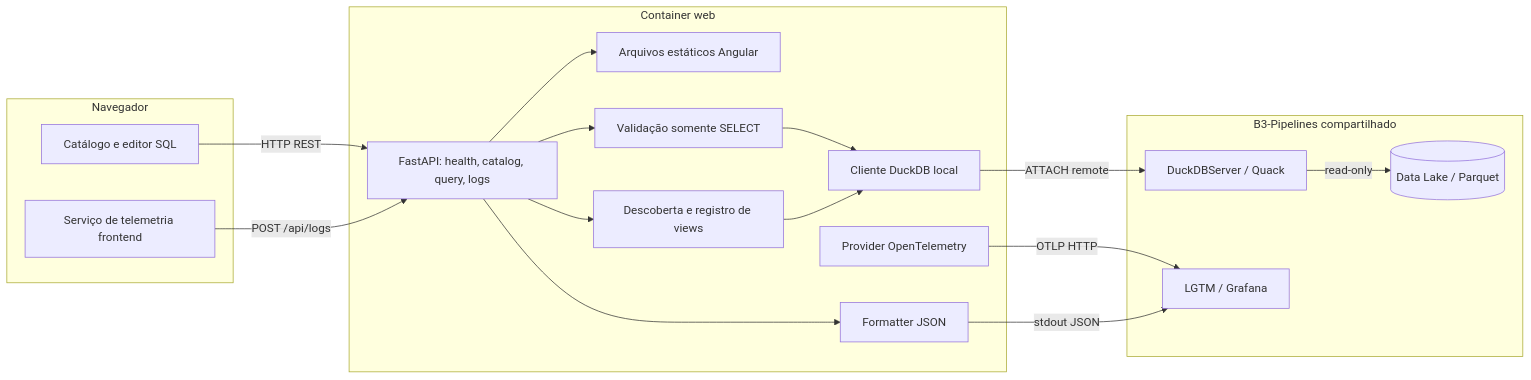
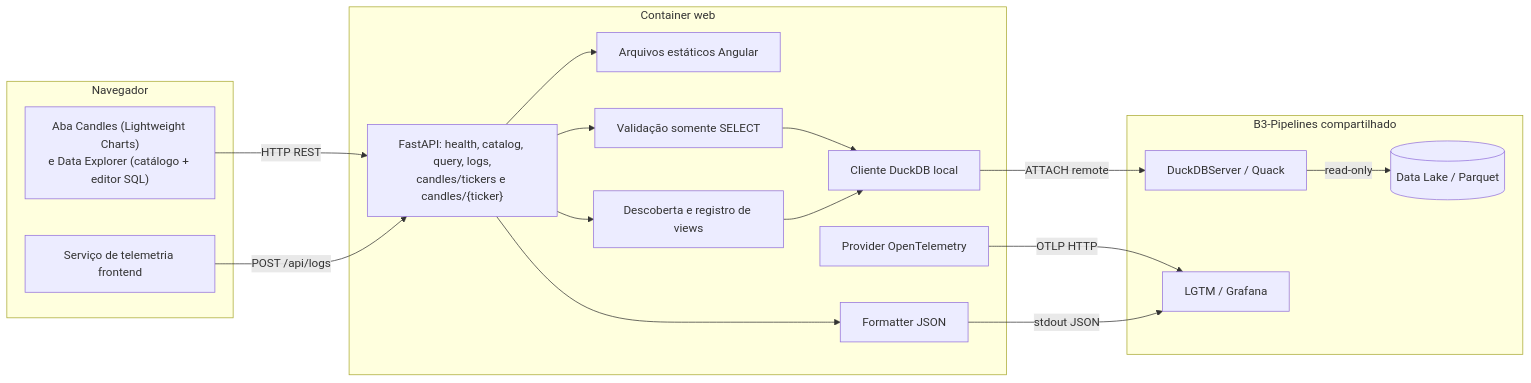
The first of 2 diagrams in B3-Web-App/docs/diagrama-componentes.md (BiellBatista/Python.DataEngineering), drawn with Mermaid before and after one commit. The commit also changed 25 other files, not shown here.

First line of the commit message:
feat: add Gold candles chart tab and rename app to Data Process

````diff
--- a/B3-Web-App/docs/diagrama-componentes.md
+++ b/B3-Web-App/docs/diagrama-componentes.md
@@ -5,34 +5,34 @@
 ```mermaid
 flowchart LR
     subgraph Browser["Navegador"]
-        UI["Catálogo e editor SQL"]
+        UI["Aba Candles (Lightweight Charts)<br/>e Data Explorer (catálogo + editor SQL)"]
         Telemetry["Serviço de telemetria frontend"]
     end
     subgraph Web["Container web"]
         Static["Arquivos estáticos Angular"]
-        Routes["FastAPI: health, catalog, query, logs"]
+        Routes["FastAPI: health, catalog, query, logs,<br/>candles/tickers e candles/{ticker}"]
         Catalog["Descoberta e registro de views"]
         Validation["Validação somente SELECT"]
         Adapter["Cliente DuckDB local"]
         Logging["Formatter JSON"]
         OTEL["Provider OpenTelemetry"]
     end
     subgraph External["B3-Pipelines compartilhado"]
         Quack["DuckDBServer / Quack"]
         Lake[("Data Lake / Parquet")]
         LGTM["LGTM / Grafana"]
     end
 
     UI -->|"HTTP REST"| Routes
     Telemetry -->|"POST /api/logs"| Routes
     Routes --> Static
     Routes --> Validation
     Routes --> Catalog
     Validation --> Adapter
     Catalog --> Adapter
     Adapter -->|"ATTACH remote"| Quack
     Quack -->|"read-only"| Lake
     Routes --> Logging
     OTEL -->|"OTLP HTTP"| LGTM
     Logging -->|"stdout JSON"| LGTM
 ```
````
